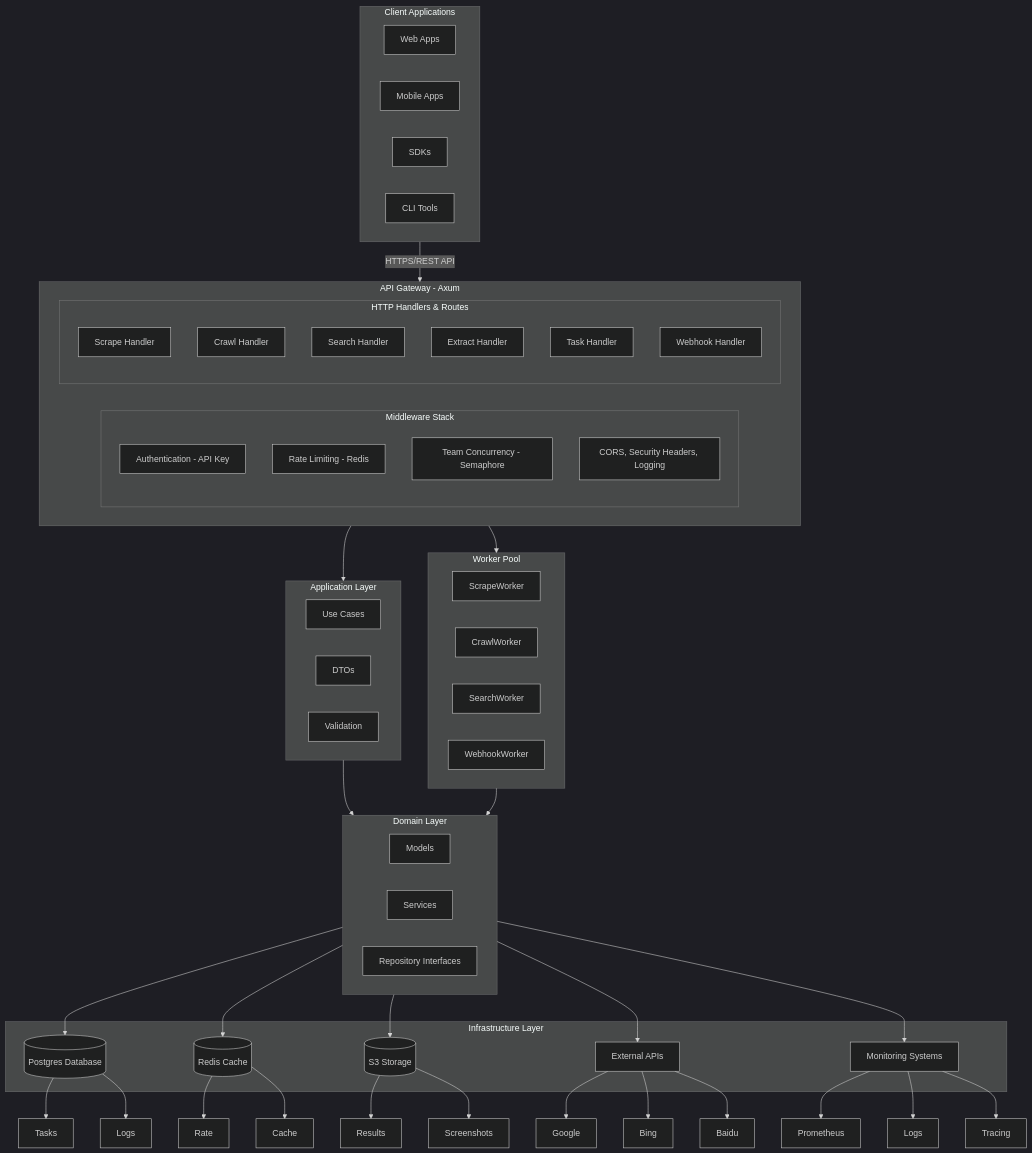
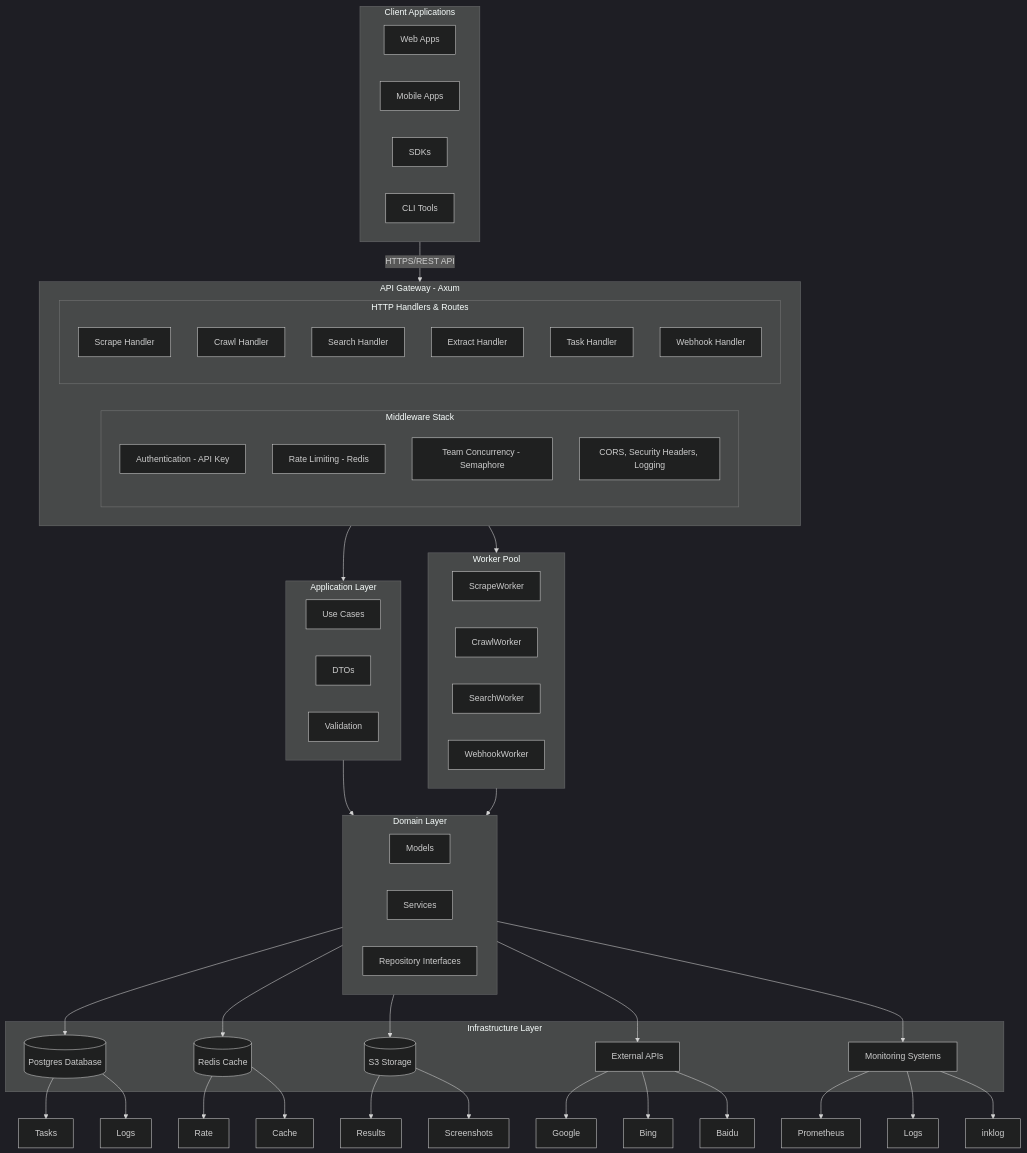
The first of 8 diagrams in docs/ARCHITECTURE.md (Kirky-X/crawlrs), drawn with Mermaid (dark theme) before and after one commit. The commit also changed other lines of this file and 2 other files, not shown here.

````diff
--- a/docs/ARCHITECTURE.md
+++ b/docs/ARCHITECTURE.md
@@ -163,78 +163,78 @@
 ```mermaid
 flowchart TD
     subgraph Clients [Client Applications]
         C1[Web Apps]
         C2[Mobile Apps]
         C3[SDKs]
         C4[CLI Tools]
     end
 
     subgraph API [API Gateway - Axum]
         subgraph Middleware [Middleware Stack]
             M1[Authentication - API Key]
             M2[Rate Limiting - Redis]
             M3[Team Concurrency - Semaphore]
             M4[CORS, Security Headers, Logging]
         end
 
         subgraph Handlers [HTTP Handlers & Routes]
             H1[Scrape Handler]
             H2[Crawl Handler]
             H3[Search Handler]
             H4[Extract Handler]
             H5[Task Handler]
             H6[Webhook Handler]
         end
     end
 
     subgraph App [Application Layer]
         A1[Use Cases]
         A2[DTOs]
         A3[Validation]
     end
 
     subgraph Workers [Worker Pool]
         W1[ScrapeWorker]
         W2[CrawlWorker]
         W3[SearchWorker]
         W4[WebhookWorker]
     end
 
     subgraph Domain [Domain Layer]
         D1[Models]
         D2[Services]
         D3[Repository Interfaces]
     end
 
     subgraph Infra [Infrastructure Layer]
         DB[(Postgres Database)]
         RC[(Redis Cache)]
         S3[(S3 Storage)]
         EXT[External APIs]
         MON[Monitoring Systems]
     end
 
     DB --> DBTasks[Tasks]
     DB --> DBLogs[Logs]
     RC --> RCRate[Rate]
     RC --> RCCache[Cache]
     S3 --> S3Results[Results]
     S3 --> S3Screenshots[Screenshots]
     EXT --> EXTGoogle[Google]
     EXT --> EXTBing[Bing]
     EXT --> EXTBaidu[Baidu]
     MON --> MONPrometheus[Prometheus]
     MON --> MONLogs[Logs]
-    MON --> MONTracing[Tracing]
+    MON --> MONInklog[inklog]
 
     Clients -->|"HTTPS/REST API"| API
     API --> App
     API --> Workers
     App --> Domain
     Workers --> Domain
     Domain --> DB
     Domain --> RC
     Domain --> S3
     Domain --> EXT
     Domain --> MON
 ```
````
